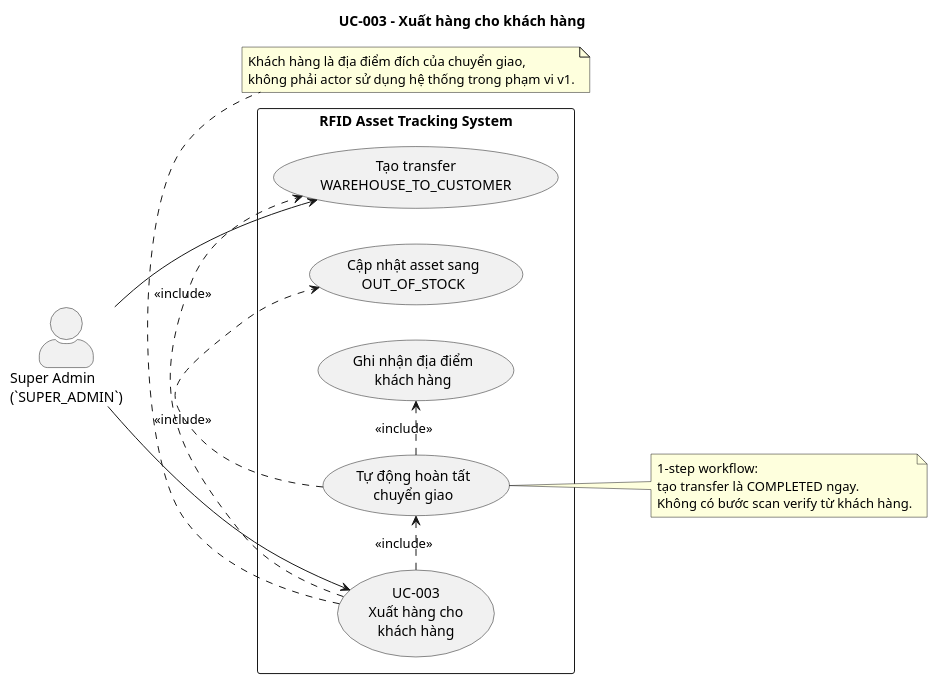
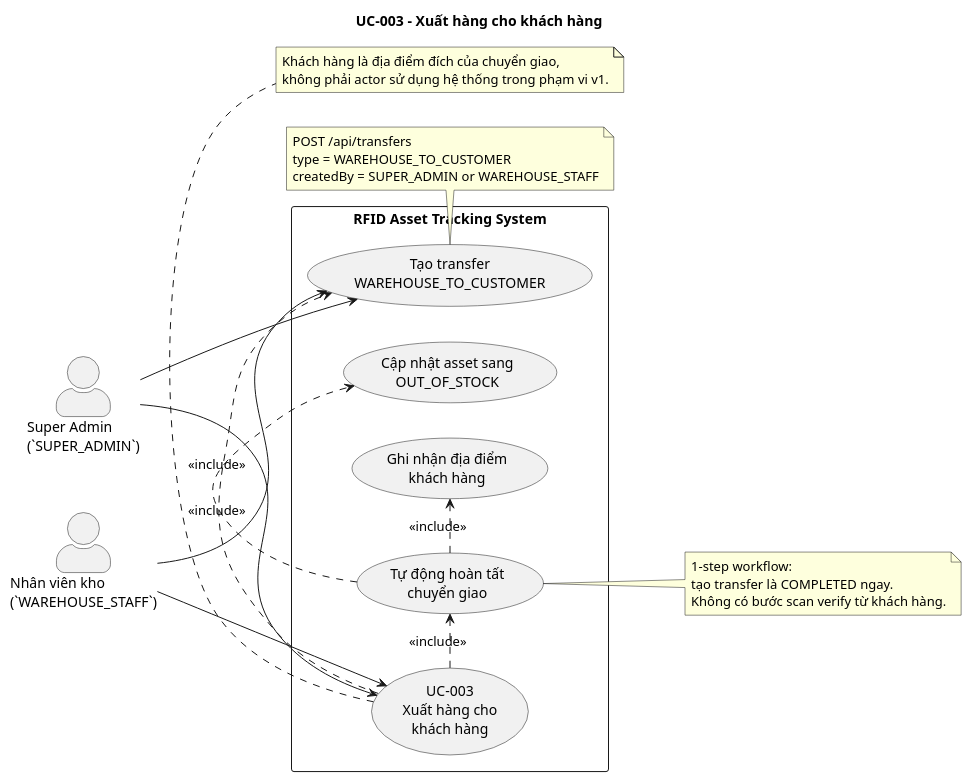
One commit to Tuoi-SE/rfid-app changed the diagram in docs/diagrams/uc-003-xuat-hang-cho-khach-hang.puml. Above: the diagram before and after it, drawn with PlantUML. The commit also changed 5 other files, not shown here.

First line of the commit message:
fix: AdminGuard blocks SUPER_ADMIN access

```diff
--- a/docs/diagrams/uc-003-xuat-hang-cho-khach-hang.puml
+++ b/docs/diagrams/uc-003-xuat-hang-cho-khach-hang.puml
@@ -1,38 +1,47 @@
 @startuml
 title UC-003 - Xuất hàng cho khách hàng
 
 left to right direction
 skinparam shadowing false
 skinparam actorStyle awesome
 skinparam packageStyle rectangle
 
 actor "Super Admin\n(`SUPER_ADMIN`)" as SA
+actor "Nhân viên kho\n(`WAREHOUSE_STAFF`)" as WS
 
 rectangle "RFID Asset Tracking System" {
   usecase "UC-003\nXuất hàng cho\nkhách hàng" as Main
   usecase "Tạo transfer\nWAREHOUSE_TO_CUSTOMER" as CreateOutbound
   usecase "Tự động hoàn tất\nchuyển giao" as AutoComplete
   usecase "Cập nhật asset sang\nOUT_OF_STOCK" as UpdateStatus
   usecase "Ghi nhận địa điểm\nkhách hàng" as SetDestination
 }
 
 SA --> Main
 SA --> CreateOutbound
+WS --> Main
+WS --> CreateOutbound
 
 Main .> CreateOutbound : <<include>>
 Main .> AutoComplete : <<include>>
 AutoComplete .> UpdateStatus : <<include>>
 AutoComplete .> SetDestination : <<include>>
 
 note right of AutoComplete
 1-step workflow:
 tạo transfer là COMPLETED ngay.
 Không có bước scan verify từ khách hàng.
 end note
 
+note bottom of CreateOutbound
+POST /api/transfers
+type = WAREHOUSE_TO_CUSTOMER
+createdBy = SUPER_ADMIN or WAREHOUSE_STAFF
+end note
+
 note bottom of Main
 Khách hàng là địa điểm đích của chuyển giao,
 không phải actor sử dụng hệ thống trong phạm vi v1.
 end note
 
 @enduml
```
